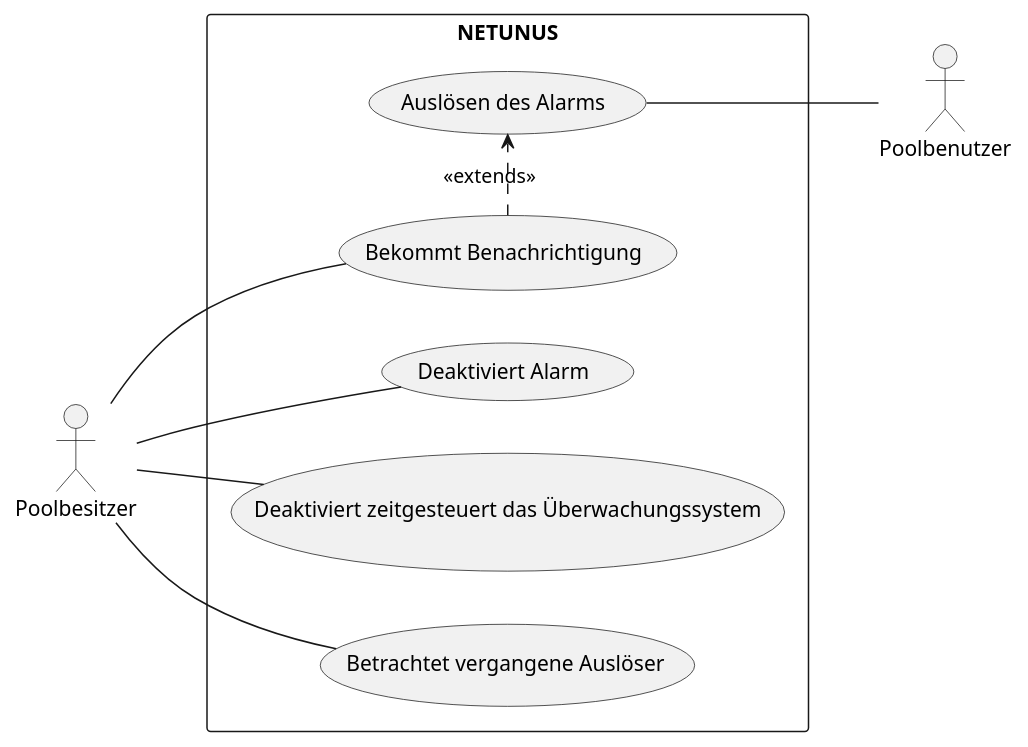
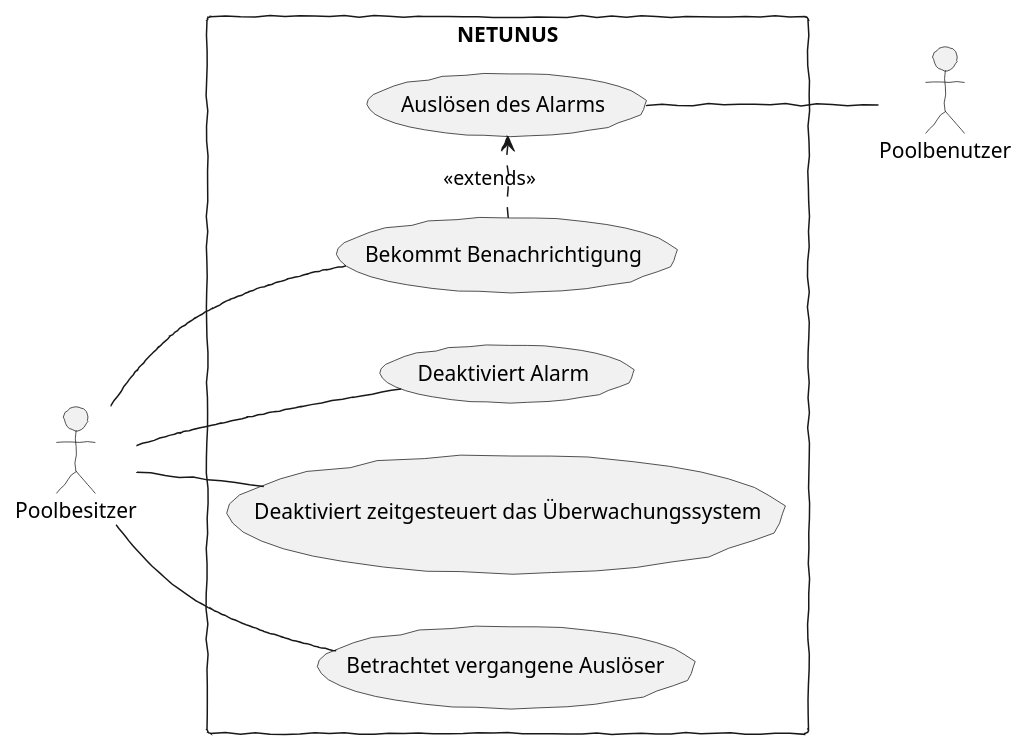
Before and after one commit to KonstantinFrank01/safer-pool-docs: the first of 5 diagrams in asciidocs/index.adoc, drawn with PlantUML. The commit also changed other lines of this file, not shown here.

Commit message:
Add some styles to the plantuml diagrams

```diff
--- a/asciidocs/index.adoc
+++ b/asciidocs/index.adoc
@@ -48,16 +48,17 @@
 [plantuml]
 ----
 @startuml
+skinparam handwritten true
 left to right direction
 actor Poolbesitzer
 actor Poolbenutzer
 rectangle NETUNUS{
     Poolbesitzer -- (Bekommt Benachrichtigung)
     Poolbesitzer -- (Deaktiviert Alarm)
     Poolbesitzer -- (Deaktiviert zeitgesteuert das Überwachungssystem)
     Poolbesitzer -- (Betrachtet vergangene Auslöser)
     (Bekommt Benachrichtigung) .> (Auslösen des Alarms) : <<extends>>
     (Auslösen des Alarms) -- Poolbenutzer
 }
 @enduml
 ----
```
